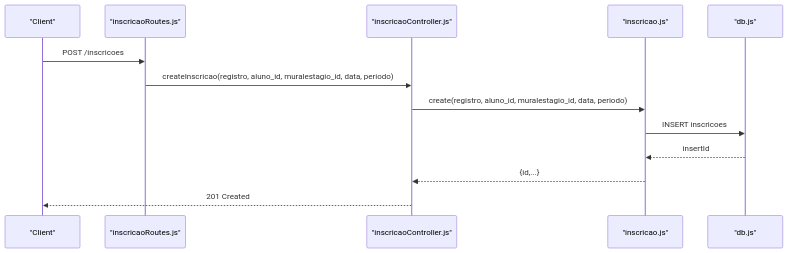
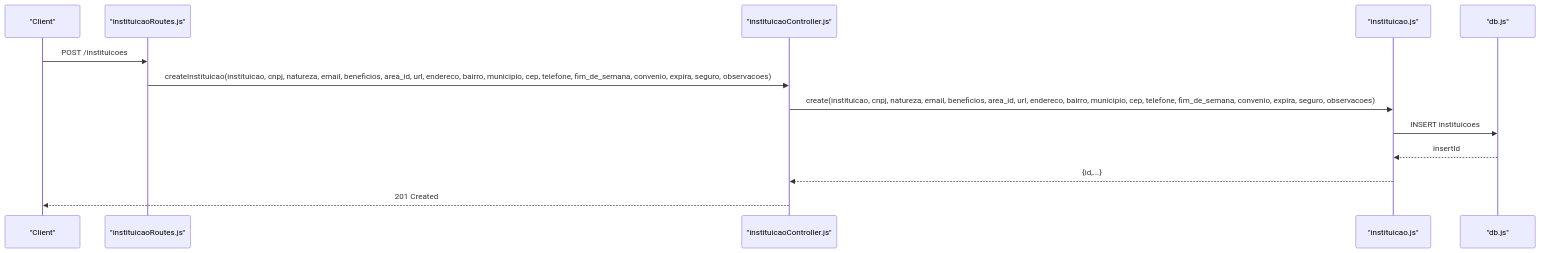
The second of 4 diagrams in .qoder/repowiki/en/content/Data Models & Database Design/Student & Internship Models.md (luiseduacosta/nodemural), drawn with Mermaid before and after one commit. The commit also changed other lines of this file and 27 other files, not shown here.

````diff
--- a/.qoder/repowiki/en/content/Data Models & Database Design/Student & Internship Models.md
+++ b/.qoder/repowiki/en/content/Data Models & Database Design/Student & Internship Models.md
@@ -150,15 +167,15 @@
 ```mermaid
 sequenceDiagram
 participant Client as "Client"
-participant Router as "inscricaoRoutes.js"
-participant Ctrl as "inscricaoController.js"
-participant Model as "inscricao.js"
+participant Router as "instituicaoRoutes.js"
+participant Ctrl as "instituicaoController.js"
+participant Model as "instituicao.js"
 participant DB as "db.js"
-Client->>Router : POST /inscricoes
-Router->>Ctrl : createInscricao(registro, aluno_id, muralestagio_id, data, periodo)
-Ctrl->>Model : create(registro, aluno_id, muralestagio_id, data, periodo)
-Model->>DB : INSERT inscricoes
+Client->>Router : POST /instituicoes
+Router->>Ctrl : createInstituicao(instituicao, cnpj, natureza, email, beneficios, area_id, url, endereco, bairro, municipio, cep, telefone, fim_de_semana, convenio, expira, seguro, observacoes)
+Ctrl->>Model : create(instituicao, cnpj, natureza, email, beneficios, area_id, url, endereco, bairro, municipio, cep, telefone, fim_de_semana, convenio, expira, seguro, observacoes)
+Model->>DB : INSERT instituicoes
 DB-->>Model : insertId
 Model-->>Ctrl : {id,...}
 Ctrl-->>Client : 201 Created
 ```
````
